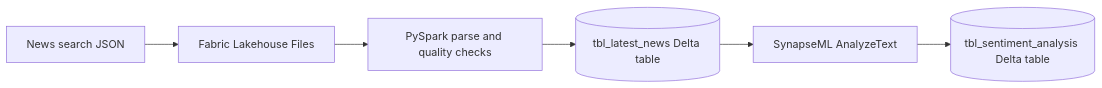
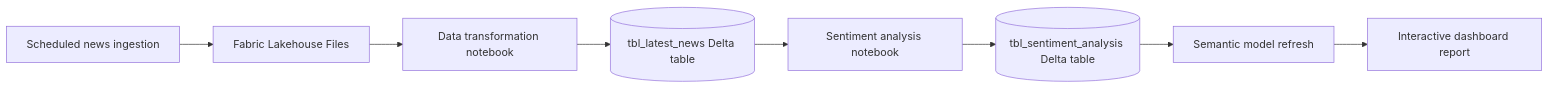
One commit to sagarjana531/Fabric_Data_Engineering_News_sentiment_Analysis changed the diagram in README.md. Above: the diagram before and after it, drawn with Mermaid. The commit also changed other lines of this file and 1 other file, not shown here.

Commit message:
Add dashboard demo and scheduled refresh flow

````diff
--- a/README.md
+++ b/README.md
@@ -7,8 +7,10 @@
 ```mermaid
 flowchart LR
-	A[News search JSON] --> B[Fabric Lakehouse Files]
-	B --> C[PySpark parse and quality checks]
+	A[Scheduled news ingestion] --> B[Fabric Lakehouse Files]
+	B --> C[Data transformation notebook]
 	C --> D[(tbl_latest_news Delta table)]
-	D --> E[SynapseML AnalyzeText]
+	D --> E[Sentiment analysis notebook]
 	E --> F[(tbl_sentiment_analysis Delta table)]
+	F --> G[Semantic model refresh]
+	G --> H[Interactive dashboard report]
 ```
````
